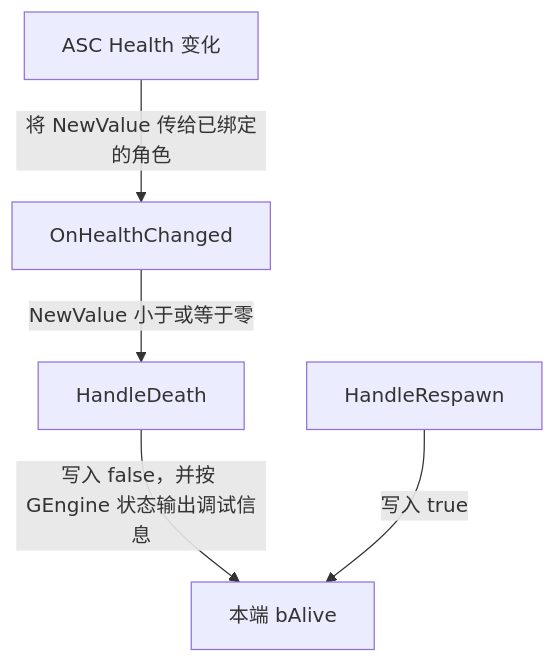
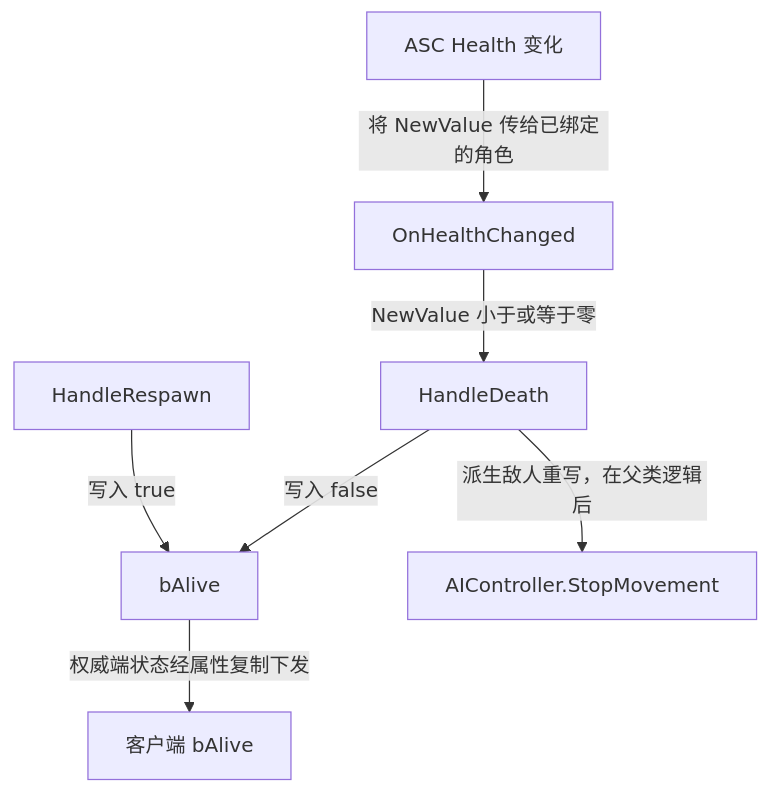
One commit to xuelongdev/GAS_StudyNotes changed the fourth of 5 diagrams in Characters/CharacterBase.md. Above: the diagram before and after it, drawn with Mermaid. The commit also changed other lines of this file and 15 other files, not shown here.

First line of the commit message:
docs: document enemy targeting and gameplay effect flows

````diff
--- a/Characters/CharacterBase.md
+++ b/Characters/CharacterBase.md
@@ -131,7 +135,9 @@
 ```mermaid
 flowchart TD
     health["ASC Health 变化"] -->|"将 NewValue 传给已绑定的角色"| change["OnHealthChanged"]
     change -->|"NewValue 小于或等于零"| death["HandleDeath"]
-    death -->|"写入 false，并按 GEngine 状态输出调试信息"| alive["本端 bAlive"]
+    death -->|"写入 false"| alive["bAlive"]
+    alive -->|"权威端状态经属性复制下发"| client["客户端 bAlive"]
+    death -->|"派生敌人重写，在父类逻辑后"| ai["AIController.StopMovement"]
     respawn["HandleRespawn"] -->|"写入 true"| alive
 ```
````
